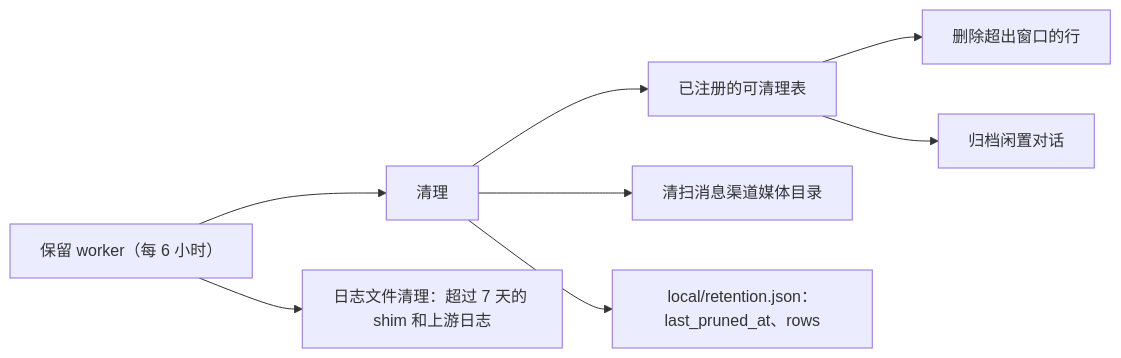
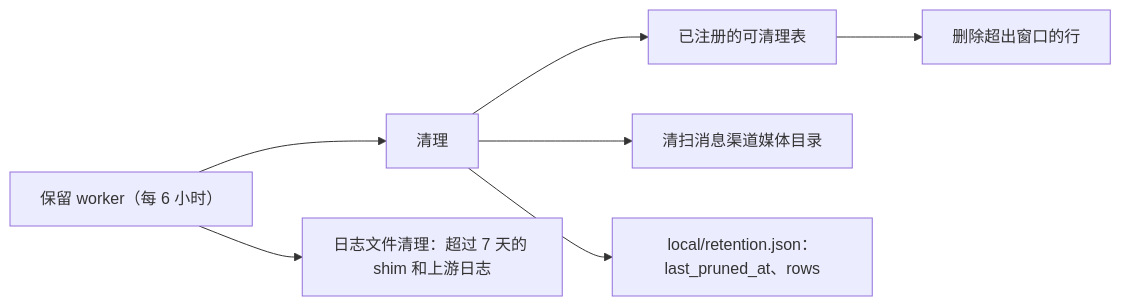
The second of 3 diagrams in docs-site/zh/architecture/observability.md (wyx-sg/Coffer), drawn with Mermaid before and after one commit. The commit also changed other lines of this file and 59 other files, not shown here.

````diff
--- a/docs-site/zh/architecture/observability.md
+++ b/docs-site/zh/architecture/observability.md
@@ -243,10 +239,9 @@
 ```mermaid
 flowchart LR
     W["保留 worker（每 6 小时）"] --> S["清理"]
     S --> R["已注册的可清理表"]
     R --> T1["删除超出窗口的行"]
-    R --> T2["归档闲置对话"]
     S --> M["清扫消息渠道媒体目录"]
     W --> F["日志文件清理：超过 7 天的 shim 和上游日志"]
     S --> P["local/retention.json：last_pruned_at、rows"]
 ```
````
